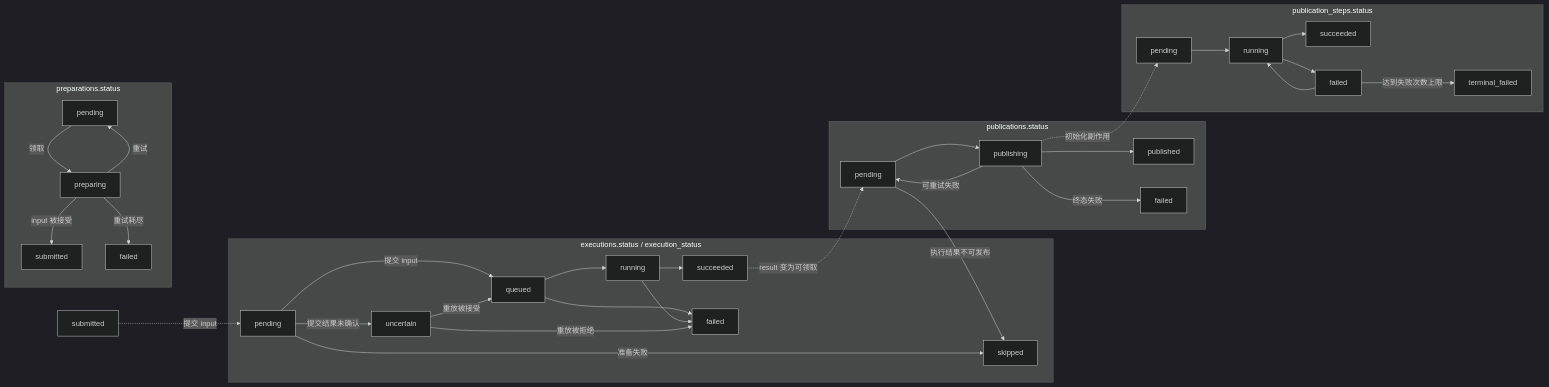
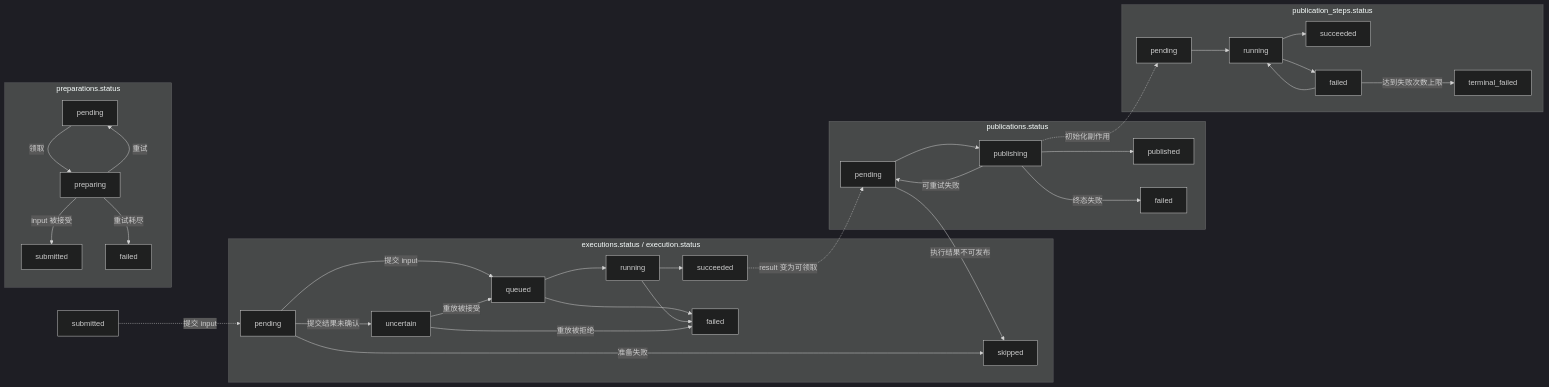
Before and after one commit to Agent-AI-Chalmers/sec-review-bot: the second of 2 diagrams in control-plane/README.zh.md, drawn with Mermaid (dark theme). The commit also changed 7 other files, not shown here.

````diff
--- a/control-plane/README.zh.md
+++ b/control-plane/README.zh.md
@@ -56,38 +56,38 @@
 ```mermaid
 flowchart LR
   subgraph preparation[preparations.status]
     prepending[pending] -->|领取| preparing
     preparing -->|input 被接受| submitted
     preparing -->|重试| prepending
     preparing -->|重试耗尽| prepfailed[failed]
   end
 
-  subgraph runner[executions.status / execution_status]
+  subgraph runner[executions.status / execution.status]
     pending -->|提交 input| queued
     pending -->|准备失败| skipped
     pending -->|提交结果未确认| uncertain
     queued --> running --> succeeded
     queued --> failed
     running --> failed
     uncertain -->|重放被接受| queued
     uncertain -->|重放被拒绝| failed
   end
 
   subgraph publication[publications.status]
     pubpending[pending] --> publishing --> published
     publishing -->|可重试失败| pubpending
     publishing -->|终态失败| pubfailed[failed]
     pubpending -->|执行结果不可发布| skipped
   end
 
   subgraph steps[publication_steps.status]
     steppending[pending] --> runningstep[running] --> stepsucceeded[succeeded]
     runningstep --> stepfailed[failed]
     stepfailed --> runningstep
     stepfailed -->|达到失败次数上限| terminalfailed[terminal_failed]
   end
 
   preparedsubmitted[submitted] -.->|提交 input| pending
   succeeded -.->|result 变为可领取| pubpending
   publishing -.->|初始化副作用| steppending
 ```
````
